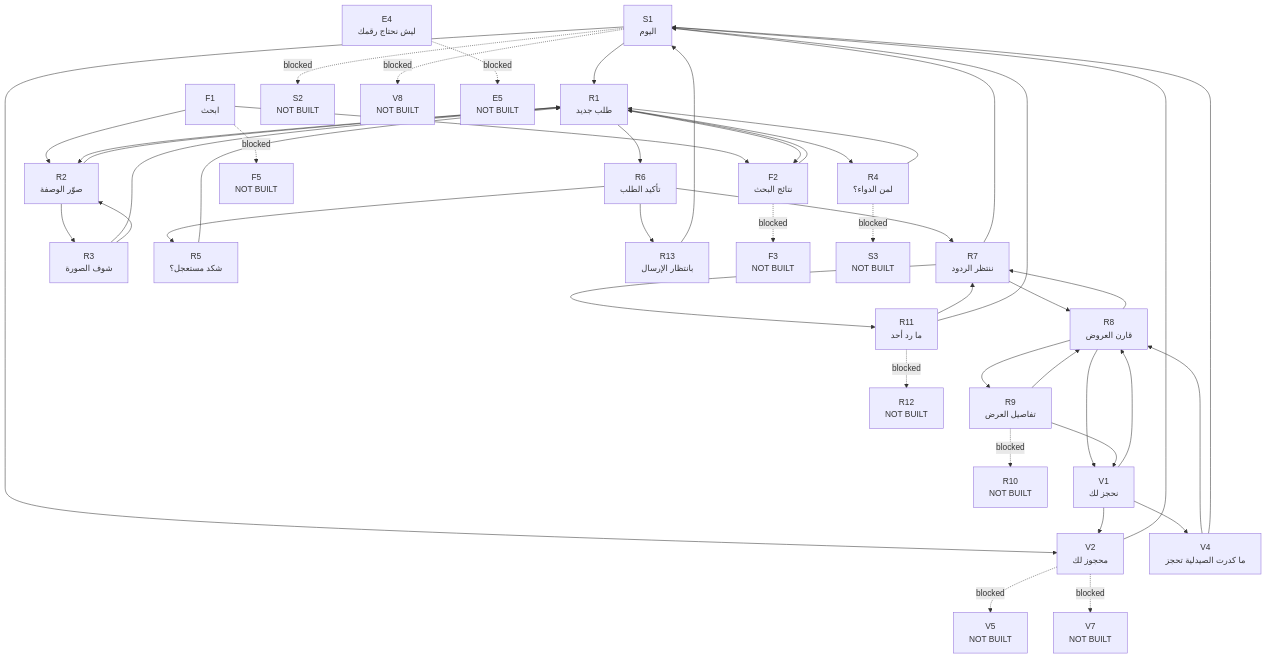
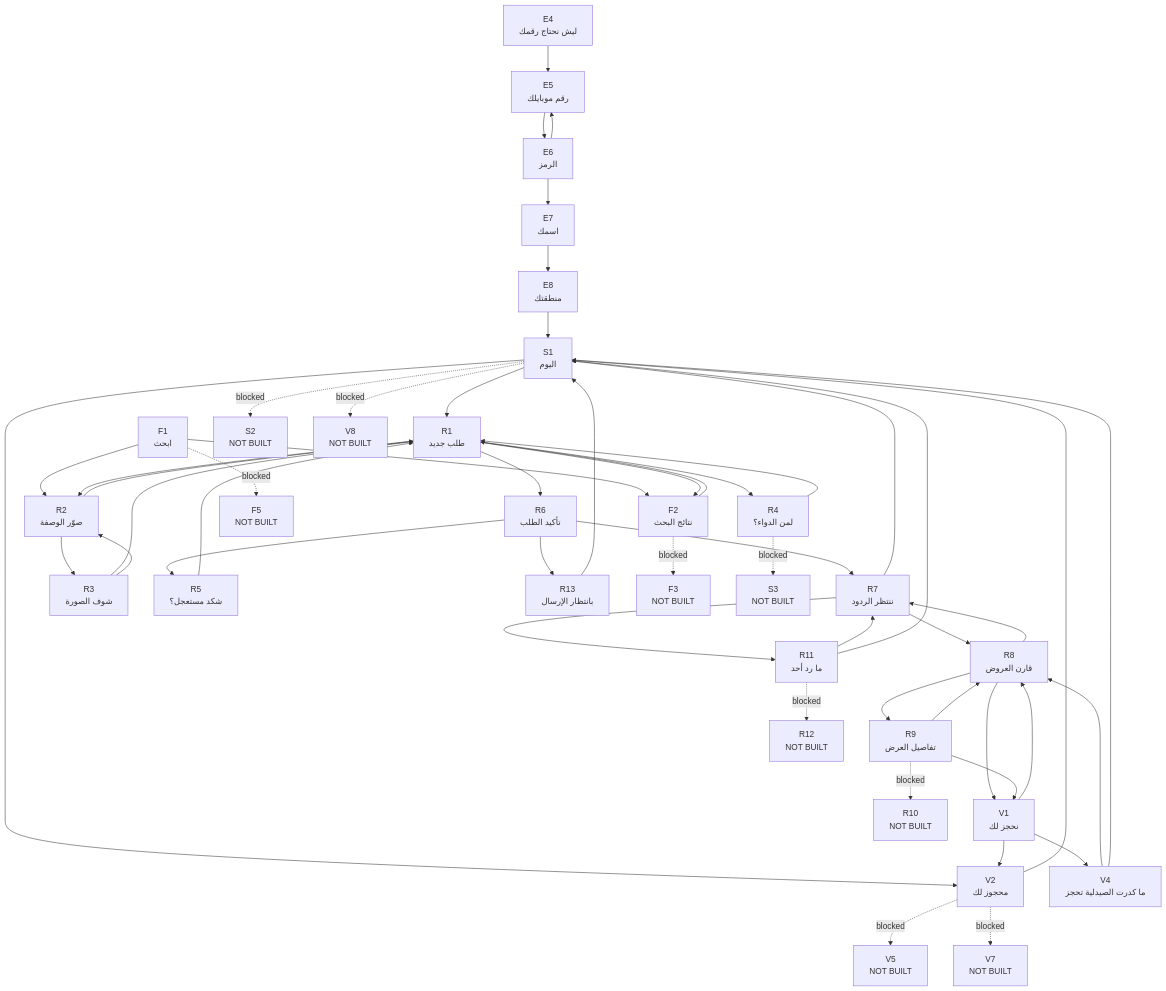
Before and after one commit to alinasser21001b-blip/adlytic: the second of 6 diagrams in docs/design/DIAGRAMS.md, drawn with Mermaid. The commit also changed other lines of this file and 87 other files, not shown here.

````diff
--- a/docs/design/DIAGRAMS.md
+++ b/docs/design/DIAGRAMS.md
@@ -50,67 +50,76 @@
 ```mermaid
 flowchart TD
   S1["S1<br/>اليوم"]
   E4["E4<br/>ليش نحتاج رقمك"]
+  E5["E5<br/>رقم موبايلك"]
+  E6["E6<br/>الرمز"]
+  E7["E7<br/>اسمك"]
+  E8["E8<br/>منطقتك"]
   F1["F1<br/>ابحث"]
   F2["F2<br/>نتائج البحث"]
   R1["R1<br/>طلب جديد"]
   R6["R6<br/>تأكيد الطلب"]
   R7["R7<br/>ننتظر الردود"]
   R8["R8<br/>قارن العروض"]
   R2["R2<br/>صوّر الوصفة"]
   R3["R3<br/>شوف الصورة"]
   R4["R4<br/>لمن الدواء؟"]
   R5["R5<br/>شكد مستعجل؟"]
   R9["R9<br/>تفاصيل العرض"]
   R11["R11<br/>ما رد أحد"]
   R13["R13<br/>بانتظار الإرسال"]
   V1["V1<br/>نحجز لك"]
   V2["V2<br/>محجوز لك"]
   V4["V4<br/>ما كدرت الصيدلية تحجز"]
   S1 --> R1
   S1 --> V2
+  E4 --> E5
+  E5 --> E6
+  E6 --> E5
+  E6 --> E7
+  E7 --> E8
+  E8 --> S1
   F1 --> F2
   F1 --> R2
   F2 --> R1
   R1 --> F2
   R1 --> R2
   R1 --> R4
   R1 --> R6
   R6 --> R5
   R6 --> R7
   R6 --> R13
   R7 --> R8
   R7 --> R11
   R7 --> S1
   R8 --> R9
   R8 --> V1
   R8 --> R7
   R2 --> R3
   R2 --> R1
   R3 --> R1
   R3 --> R2
   R4 --> R1
   R5 --> R1
   R9 --> V1
   R9 --> R8
   R11 --> R7
   R11 --> S1
   R13 --> S1
   V1 --> V2
   V1 --> V4
   V1 --> R8
   V2 --> S1
   V4 --> R8
   V4 --> S1
   S1 -.blocked.-> S2["S2<br/>NOT BUILT"]
   S1 -.blocked.-> V8["V8<br/>NOT BUILT"]
-  E4 -.blocked.-> E5["E5<br/>NOT BUILT"]
   F1 -.blocked.-> F5["F5<br/>NOT BUILT"]
   F2 -.blocked.-> F3["F3<br/>NOT BUILT"]
   R4 -.blocked.-> S3["S3<br/>NOT BUILT"]
   R9 -.blocked.-> R10["R10<br/>NOT BUILT"]
   R11 -.blocked.-> R12["R12<br/>NOT BUILT"]
   V2 -.blocked.-> V5["V5<br/>NOT BUILT"]
   V2 -.blocked.-> V7["V7<br/>NOT BUILT"]
   classDef built stroke:#186047;
 ```
````
